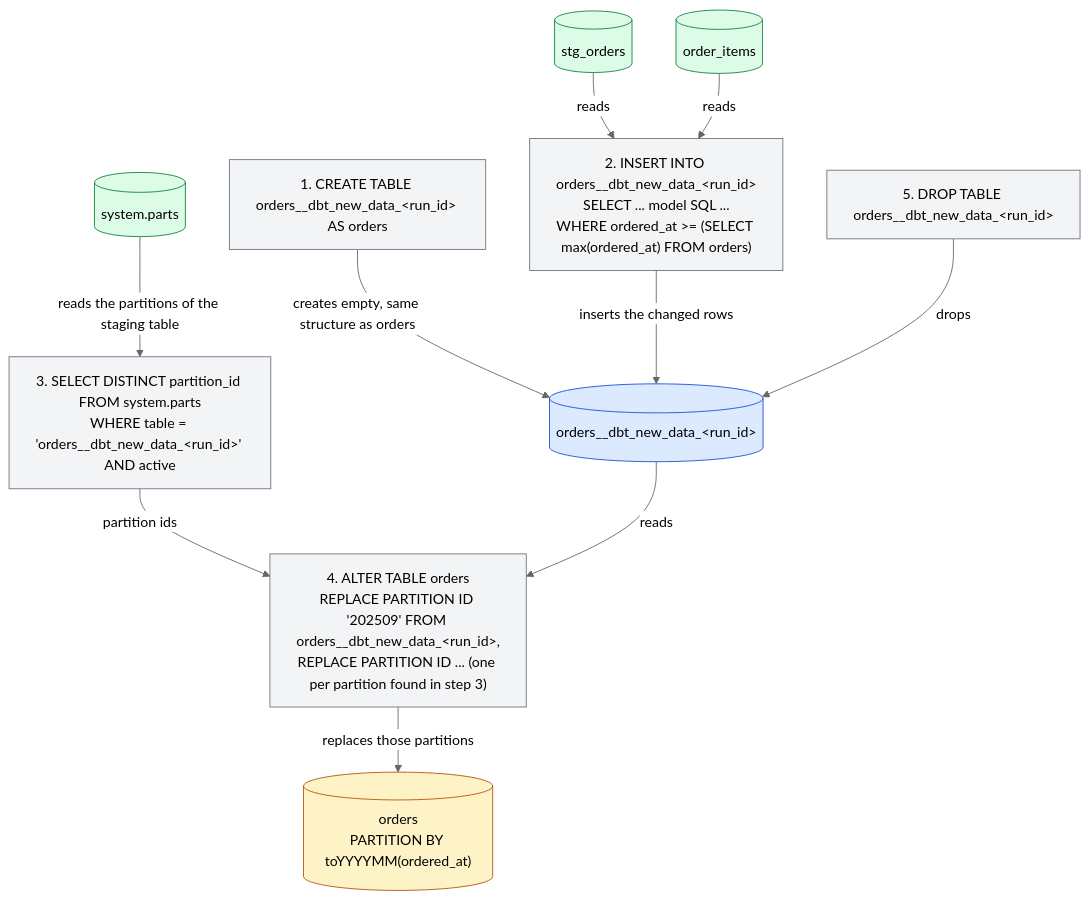
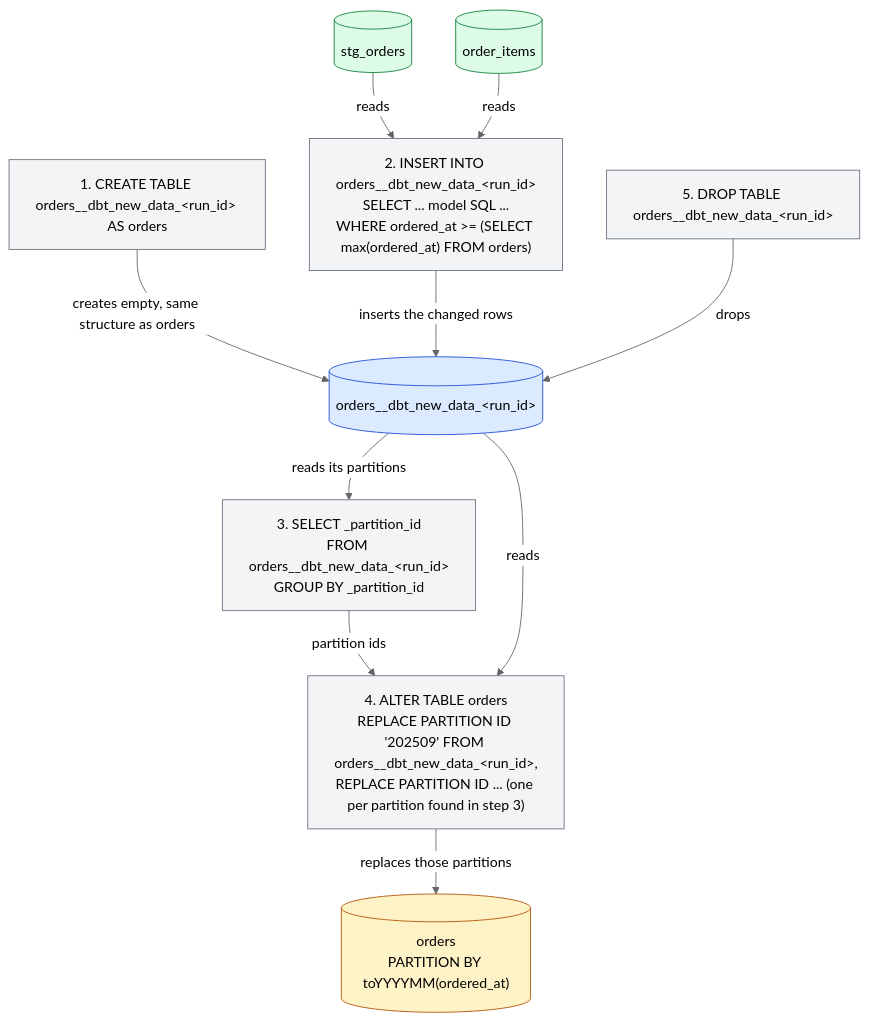
The third of 3 diagrams in docs/guides.mdx (ClickHouse/dbt-clickhouse), drawn with Mermaid (neutral theme) before and after one commit. The commit also changed other lines of this file and 4 other files, not shown here.

First line of the commit message:
fix: read insert_overwrite partitions from the staging table, not system.parts (#786)

````diff
--- a/docs/guides.mdx
+++ b/docs/guides.mdx
@@ -568,30 +568,29 @@
 ```mermaid
 flowchart TB
     stg[("stg_orders")]
     items[("order_items")]
     orders[("orders<br/>PARTITION BY toYYYYMM(ordered_at)")]
     staging[("orders__dbt_new_data_#lt;run_id#gt;")]
-    parts[("system.parts")]
     q1["1. CREATE TABLE orders__dbt_new_data_#lt;run_id#gt; AS orders"]
     q2["2. INSERT INTO orders__dbt_new_data_#lt;run_id#gt;<br/>SELECT ... model SQL ...<br/>WHERE ordered_at >= (SELECT max(ordered_at) FROM orders)"]
-    q3["3. SELECT DISTINCT partition_id FROM system.parts<br/>WHERE table = 'orders__dbt_new_data_#lt;run_id#gt;' AND active"]
+    q3["3. SELECT _partition_id<br/>FROM orders__dbt_new_data_#lt;run_id#gt;<br/>GROUP BY _partition_id"]
     q4["4. ALTER TABLE orders<br/>REPLACE PARTITION ID '202509' FROM orders__dbt_new_data_#lt;run_id#gt;,<br/>REPLACE PARTITION ID ... (one per partition found in step 3)"]
     q5["5. DROP TABLE orders__dbt_new_data_#lt;run_id#gt;"]
     q1 -->|creates empty, same structure as orders| staging
     stg -->|reads| q2
     items -->|reads| q2
     q2 -->|inserts the changed rows| staging
-    parts -->|reads the partitions of the staging table| q3
+    staging -->|reads its partitions| q3
     q3 -->|partition ids| q4
     staging -->|reads| q4
     q4 -->|replaces those partitions| orders
     q5 -->|drops| staging
     classDef temp fill:#dbeafe,stroke:#1d4ed8;
     classDef target fill:#fef3c7,stroke:#b45309;
     classDef source fill:#dcfce7,stroke:#15803d;
     classDef query fill:#f3f4f6,stroke:#6b7280;
     class staging temp;
     class orders target;
-    class stg,items,parts source;
+    class stg,items source;
     class q1,q2,q3,q4,q5 query;
 ```
````
